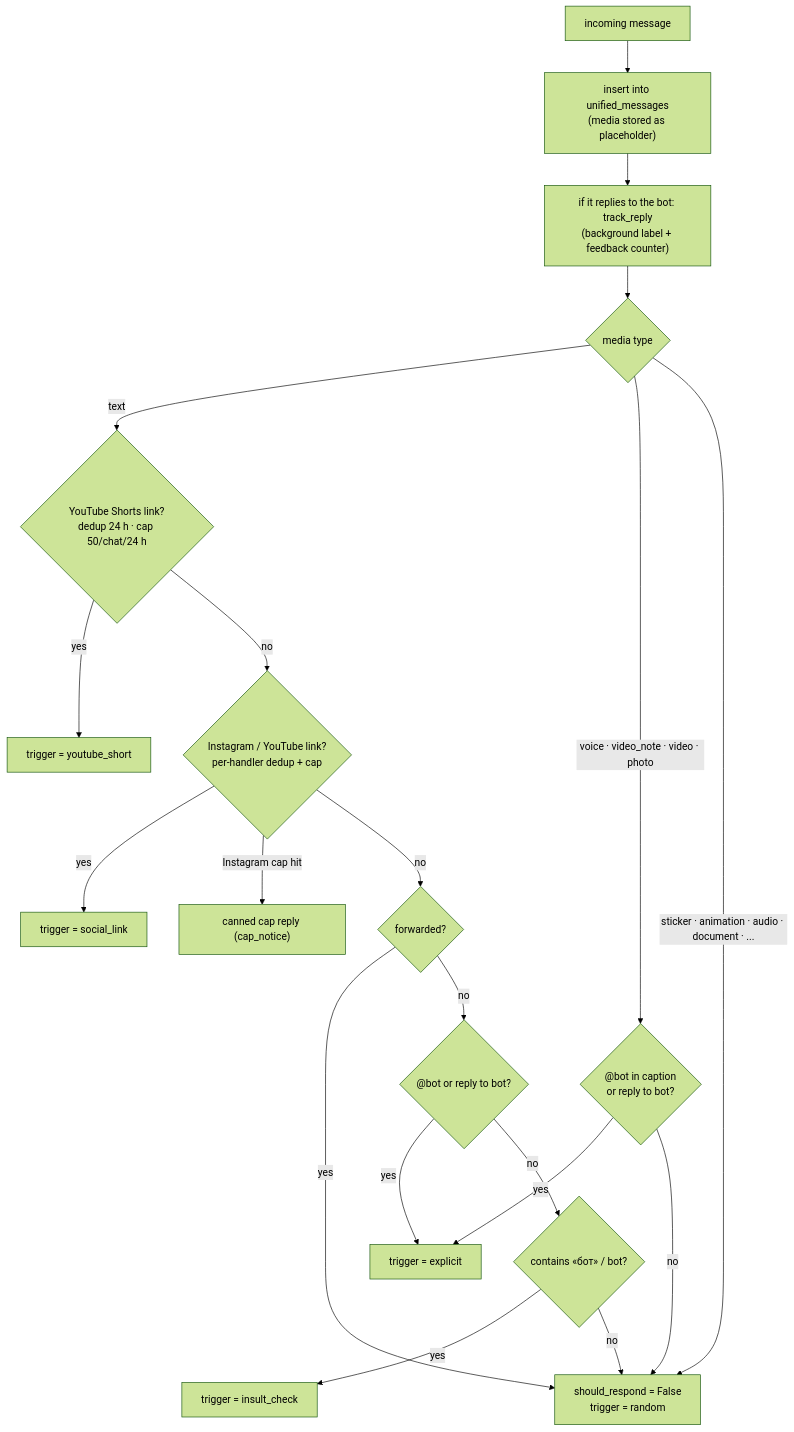
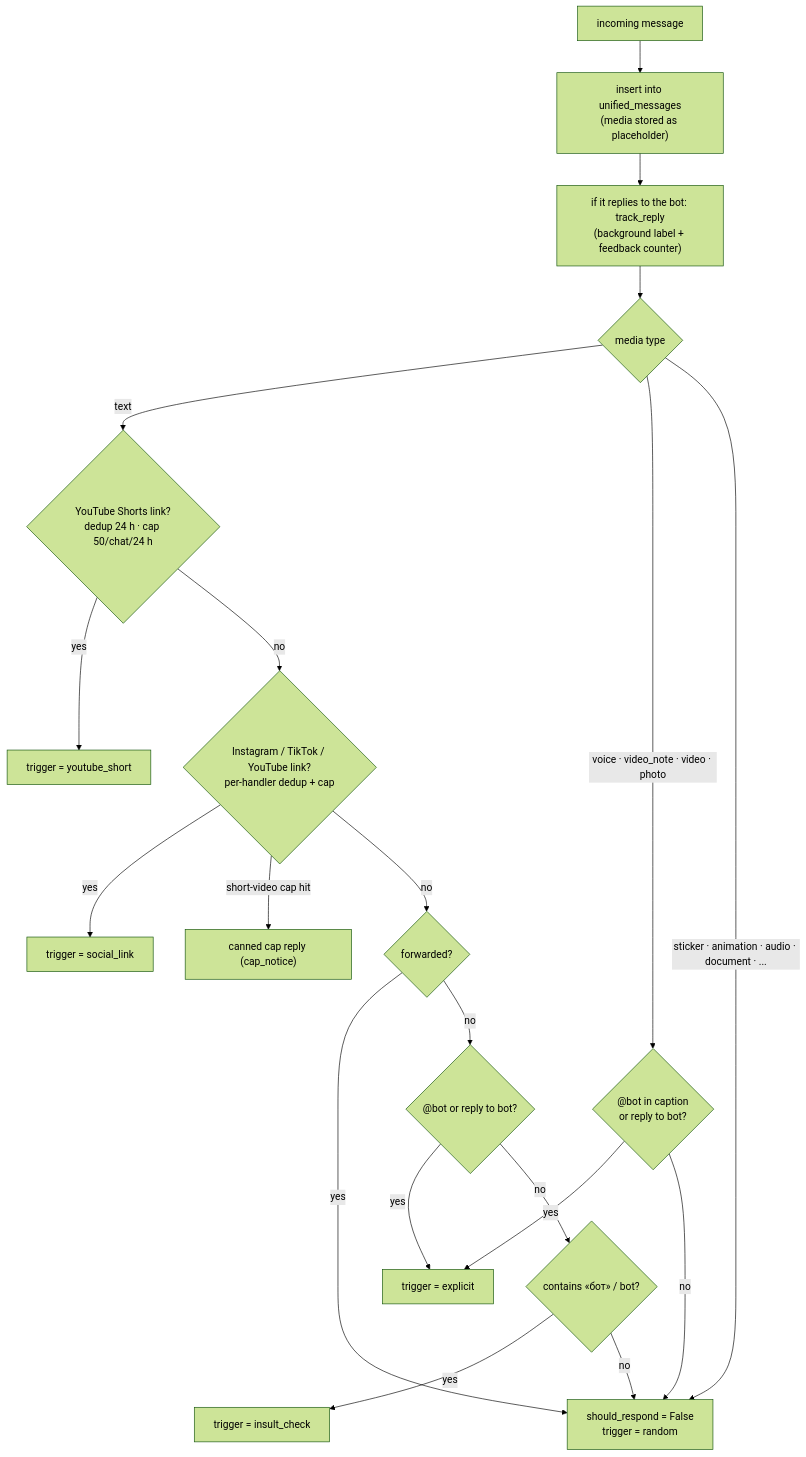
The fifth of 12 diagrams in src/pipeline/README.md (vsbaldeev/games-chatbot), drawn with Mermaid (forest theme) before and after one commit. The commit also changed other lines of this file and 32 other files, not shown here.

First line of the commit message:
feat: summarize and repost TikTok links like Instagram Reels

````diff
--- a/src/pipeline/README.md
+++ b/src/pipeline/README.md
@@ -143,25 +143,25 @@
 ```mermaid
 flowchart TD
     msg["incoming message"] --> store["insert into unified_messages<br/>(media stored as placeholder)"]
     store --> track["if it replies to the bot: track_reply<br/>(background label + feedback counter)"]
     track --> kind{"media type"}
 
     kind -->|"text"| shorts{"YouTube Shorts link?<br/>dedup 24 h · cap 50/chat/24 h"}
     shorts -->|"yes"| t_short["trigger = youtube_short"]
-    shorts -->|"no"| social{"Instagram / YouTube link?<br/>per-handler dedup + cap"}
+    shorts -->|"no"| social{"Instagram / TikTok / YouTube link?<br/>per-handler dedup + cap"}
     social -->|"yes"| t_social["trigger = social_link"]
-    social -->|"Instagram cap hit"| cap["canned cap reply (cap_notice)"]
+    social -->|"short-video cap hit"| cap["canned cap reply (cap_notice)"]
     social -->|"no"| fwd{"forwarded?"}
     fwd -->|"yes"| t_rand["should_respond = False<br/>trigger = random"]
     fwd -->|"no"| addr{"@bot or reply to bot?"}
     addr -->|"yes"| t_expl["trigger = explicit"]
     addr -->|"no"| word{"contains «бот» / bot?"}
     word -->|"yes"| t_ins["trigger = insult_check"]
     word -->|"no"| t_rand
 
     kind -->|"voice · video_note · video · photo"| mm{"@bot in caption<br/>or reply to bot?"}
     mm -->|"yes"| t_expl
     mm -->|"no"| t_rand
 
     kind -->|"sticker · animation · audio · document · ..."| t_rand
 ```
````
